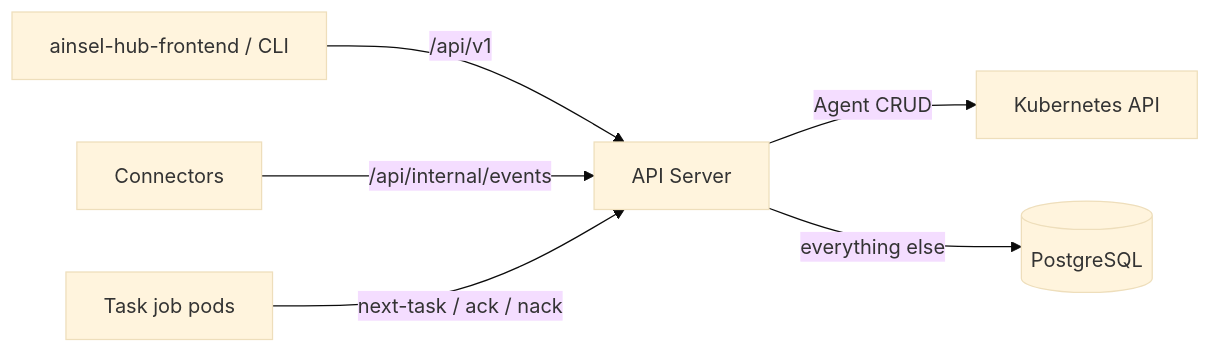
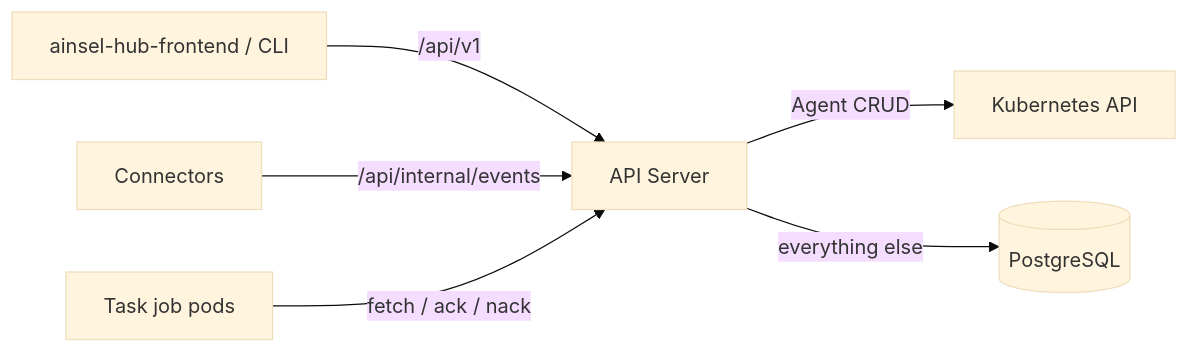
One commit to ainsel-project/ainsel changed the fourth of 4 diagrams in services/hub/docs/architecture.md. Above: the diagram before and after it, drawn with Mermaid (base theme). The commit also changed other lines of this file and 27 other files, not shown here.

First line of the commit message:
refactor(hub)!: retire the next-task long-poll and claim chain

````diff
--- a/services/hub/docs/architecture.md
+++ b/services/hub/docs/architecture.md
@@ -95,8 +95,8 @@
 ```mermaid
 graph LR
     CLIENT[ainsel-hub-frontend / CLI] -->|/api/v1| API[API Server]
     CONNECTORS[Connectors] -->|/api/internal/events| API
-    TASKPOD[Task job pods] -->|next-task / ack / nack| API
+    TASKPOD[Task job pods] -->|fetch / ack / nack| API
     API -->|Agent CRUD| K8s[Kubernetes API]
     API -->|everything else| PG[(PostgreSQL)]
 ```
````
